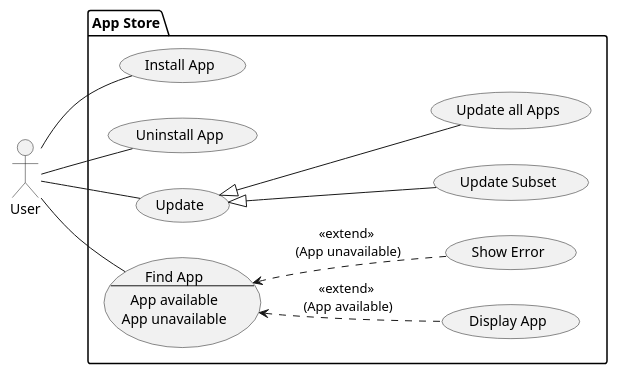
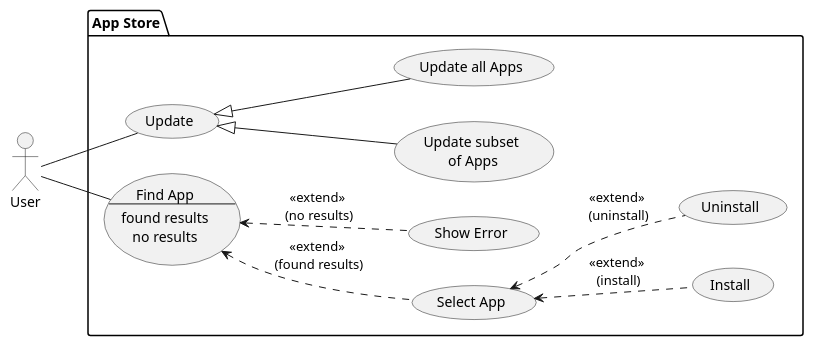
Before and after one commit to notfirefox/swea-project: the diagram in src/appstore_usecases.puml, drawn with PlantUML.

Commit message:
Update use case diagram

```diff
--- a/src/appstore_usecases.puml
+++ b/src/appstore_usecases.puml
@@ -1,34 +1,35 @@
 @startuml
 
 actor User as user
 
 package "App Store" {
     left to right direction
 
-    usecase install as "Install App"
-    usecase uninstall as "Uninstall App"
+    usecase install as "Install"
+    usecase uninstall as "Uninstall"
     usecase update as "Update"
-    usecase updateSubset as "Update Subset"
+    usecase updateSubset as "Update subset\n of Apps"
     usecase updateAll as "Update all Apps"
     usecase findApp as "Find App
     --
-    App available
-    App unavailable
+    found results
+    no results
     "
 
-    usecase "Display App" as displayApp
+    usecase "Select App" as selectApp
     usecase "Show Error" as showError
 
-    user -- install
-    user -- uninstall
     user -- update
     user -- findApp
 
     update <|-- updateAll
     update <|-- updateSubset
 
-    findApp <.. displayApp : "<<extend>>\n (App available)"
-    findApp <.. showError : "<<extend>>\n (App unavailable)"
+    findApp <.. selectApp : "<<extend>>\n (found results)"
+    findApp <.. showError : "<<extend>>\n (no results)"
+
+    selectApp <.. install : "<<extend>>\n (install)"
+    selectApp <.. uninstall : "<<extend>>\n (uninstall)"
 }
 
 @enduml
```
